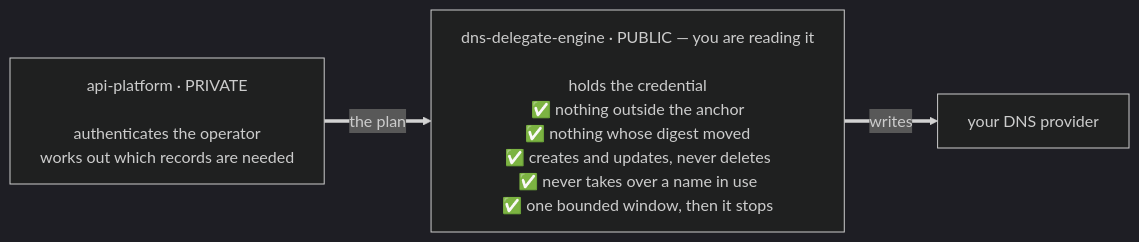
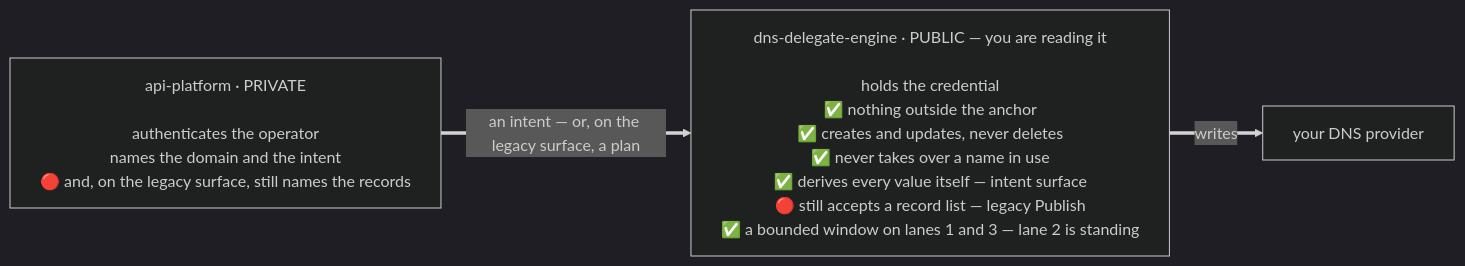
The fourth of 4 diagrams in README.md (mirrorstack-ai/dns-delegate-engine), drawn with Mermaid (dark theme) before and after one commit. The commit also changed other lines of this file and 17 other files, not shown here.

````diff
--- a/README.md
+++ b/README.md
@@ -341,10 +478,10 @@
 ```mermaid
 %%{init: {"flowchart": {"wrappingWidth": 460}}}%%
 flowchart LR
-    P["api-platform · PRIVATE<br/><br/>authenticates the operator<br/>works out which records are needed"]
-    E["dns-delegate-engine · PUBLIC — you are reading it<br/><br/>holds the credential<br/>✅ nothing outside the anchor<br/>✅ nothing whose digest moved<br/>✅ creates and updates, never deletes<br/>✅ never takes over a name in use<br/>✅ one bounded window, then it stops"]
+    P["api-platform · PRIVATE<br/><br/>authenticates the operator<br/>names the domain and the intent<br/>🔴 and, on the legacy surface, still names the records"]
+    E["dns-delegate-engine · PUBLIC — you are reading it<br/><br/>holds the credential<br/>✅ nothing outside the anchor<br/>✅ creates and updates, never deletes<br/>✅ never takes over a name in use<br/>✅ derives every value itself — intent surface<br/>🔴 still accepts a record list — legacy Publish<br/>✅ a bounded window on lanes 1 and 3 — lane 2 is standing"]
     DNS["your DNS provider"]
 
-    P ==>|the plan| E
+    P ==>|an intent — or, on the legacy surface, a plan| E
     E ==>|writes| DNS
 ```
````
